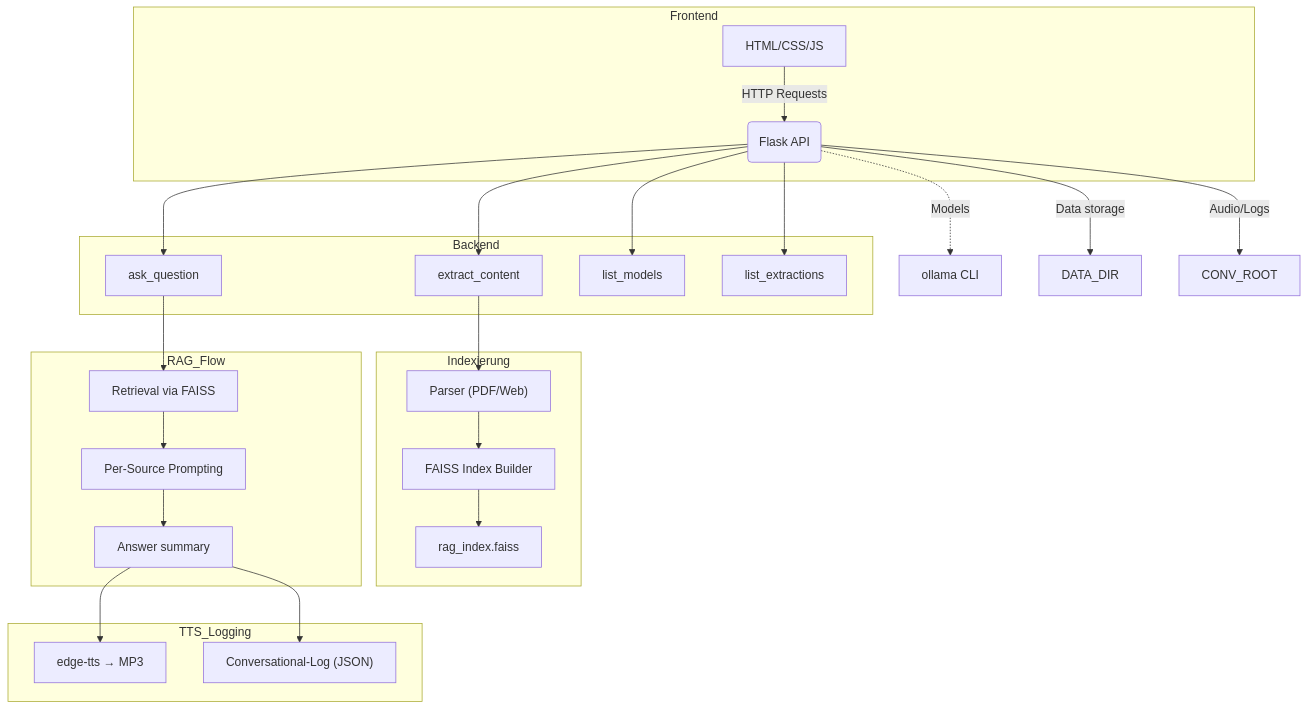
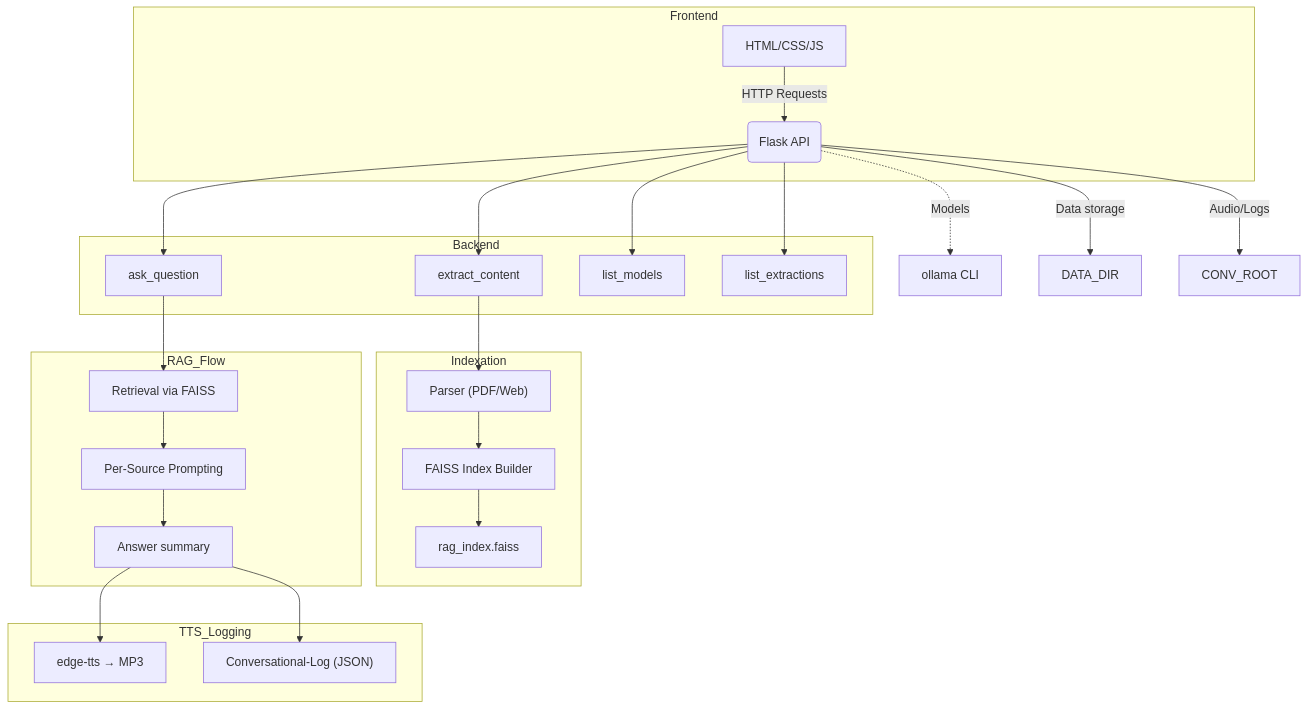
Before and after one commit to stefanpietrusky/IEC: the diagram in README.md, drawn with Mermaid. The commit also changed other lines of this file, not shown here.

````diff
--- a/README.md
+++ b/README.md
@@ -13,34 +13,34 @@
 ```mermaid
 flowchart TB
   subgraph Frontend
     A[HTML/CSS/JS] -->|HTTP Requests| B(Flask API)
   end
 
   subgraph Backend
     B --> C[extract_content]
     B --> D[ask_question]
     B --> E[list_models]
     B --> F[list_extractions]
   end
 
-  subgraph Indexierung
+  subgraph Indexation
     C --> G["Parser (PDF/Web)"]
     G --> H["FAISS Index Builder"]
     H --> I["rag_index.faiss"]
   end
 
   subgraph RAG_Flow
     D --> J["Retrieval via FAISS"]
     J --> K["Per-Source Prompting"]
     K --> L["Answer summary"]
   end
 
   subgraph TTS_Logging
     L --> M["edge-tts → MP3"]
     L --> O["Conversational-Log (JSON)"]
   end
 
   B -.->|Models| P[ollama CLI]
   B -->|Data storage| DATA_DIR
   B -->|Audio/Logs| CONV_ROOT
 ```
````
